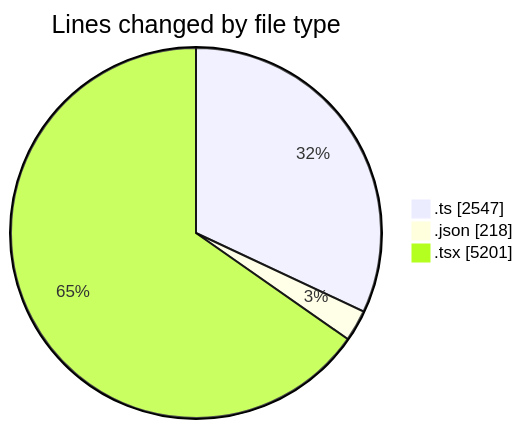
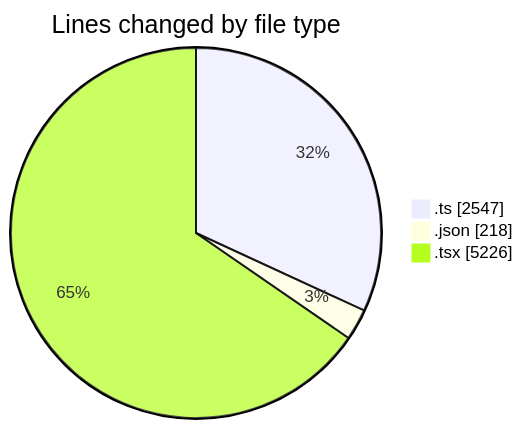
Before and after one commit to nxtqubesakshisongat/code-tracking: the first of 2 diagrams in 2026-03-16/nxtqube_webapp/README.md, drawn with Mermaid. The commit also changed other lines of this file and 1 other file, not shown here.

````diff
--- a/2026-03-16/nxtqube_webapp/README.md
+++ b/2026-03-16/nxtqube_webapp/README.md
@@ -31,7 +31,7 @@
 ```mermaid
 pie showData
 title Lines changed by file type
 ".ts" : 2547
 ".json" : 218
-".tsx" : 5201
+".tsx" : 5226
 ```
````
